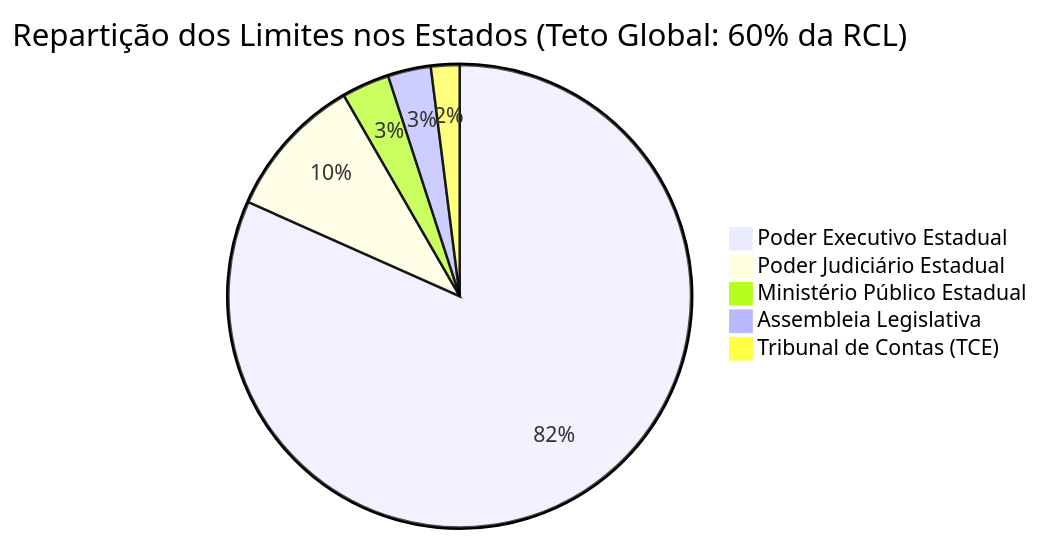
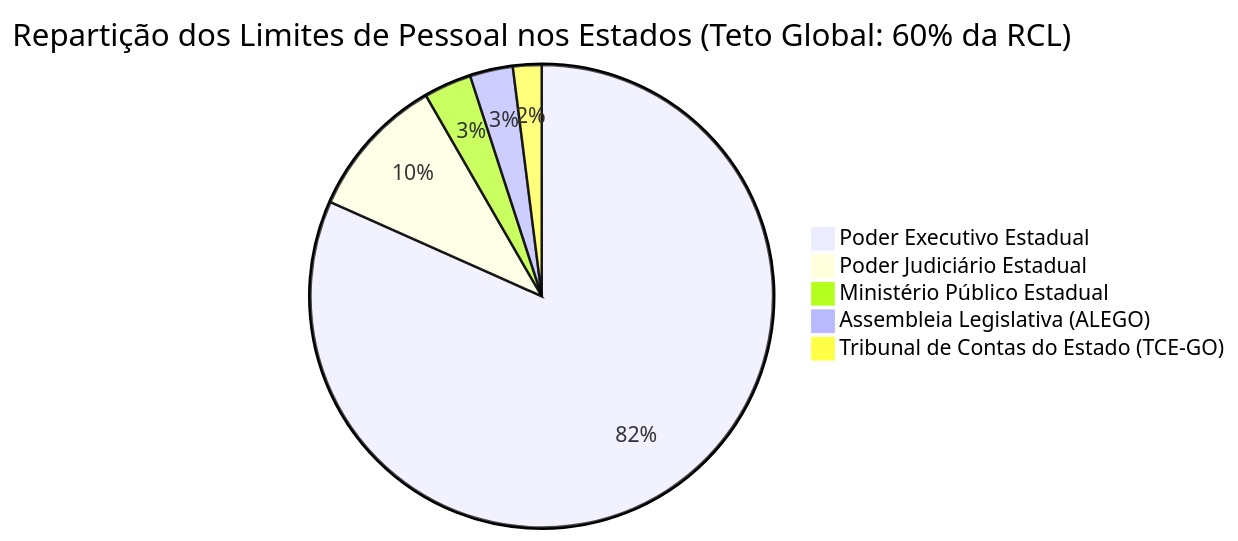
Before and after one commit to thiagosantos346/TCE-GO-2027: the third of 5 diagrams in fontes_de_estudo/conhecimentos_especificos_a01_tecnico_administrativo/19_nocoes_de_administracao_financeira_e_orcamentaria/05_lei_de_responsabilidade_fiscal_lrf_e_despesa_com_pessoal.md, drawn with Mermaid. The commit also changed other lines of this file and 119 other files, not shown here.

````diff
--- a/fontes_de_estudo/conhecimentos_especificos_a01_tecnico_administrativo/19_nocoes_de_administracao_financeira_e_orcamentaria/05_lei_de_responsabilidade_fiscal_lrf_e_despesa_com_pessoal.md
+++ b/fontes_de_estudo/conhecimentos_especificos_a01_tecnico_administrativo/19_nocoes_de_administracao_financeira_e_orcamentaria/05_lei_de_responsabilidade_fiscal_lrf_e_despesa_com_pessoal.md
@@ -87,8 +115,8 @@
 ```mermaid
-pie title Repartição dos Limites nos Estados (Teto Global: 60% da RCL)
+pie title Repartição dos Limites de Pessoal nos Estados (Teto Global: 60% da RCL)
     "Poder Executivo Estadual" : 49.0
     "Poder Judiciário Estadual" : 6.0
     "Ministério Público Estadual" : 2.0
-    "Assembleia Legislativa" : 1.8
-    "Tribunal de Contas (TCE)" : 1.2
+    "Assembleia Legislativa (ALEGO)" : 1.8
+    "Tribunal de Contas do Estado (TCE-GO)" : 1.2
 ```
````
